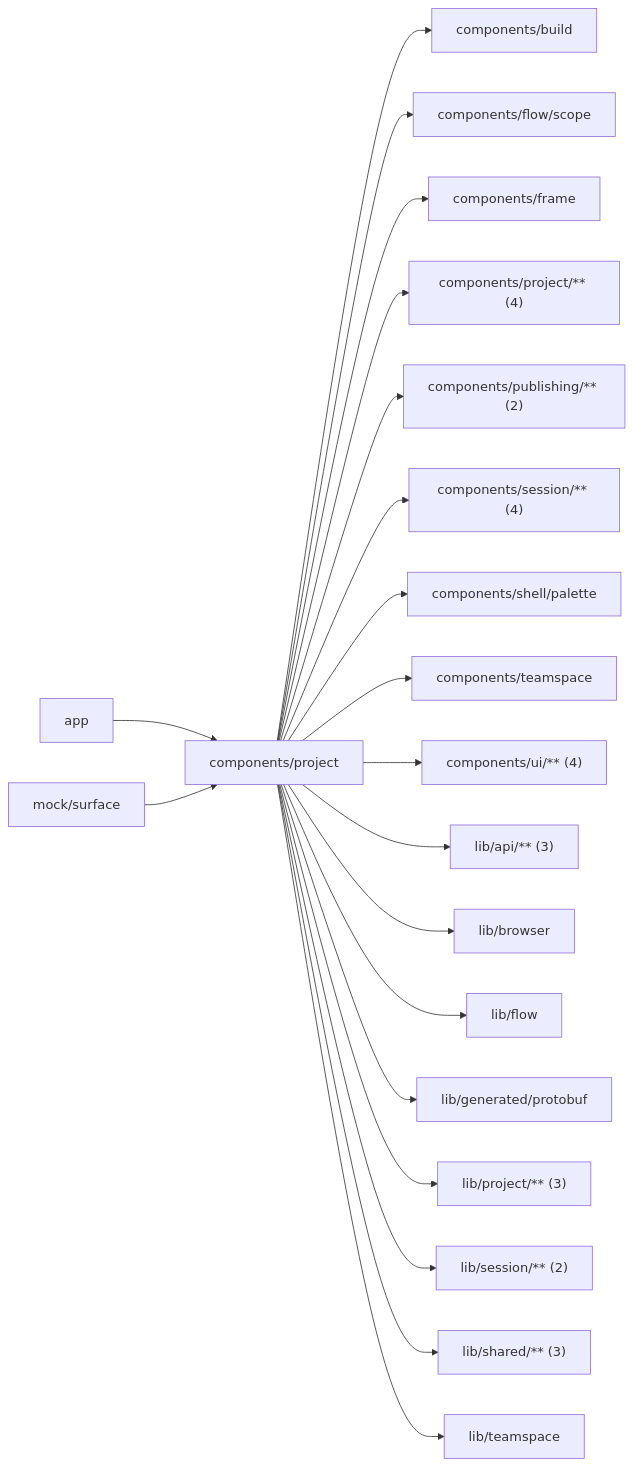
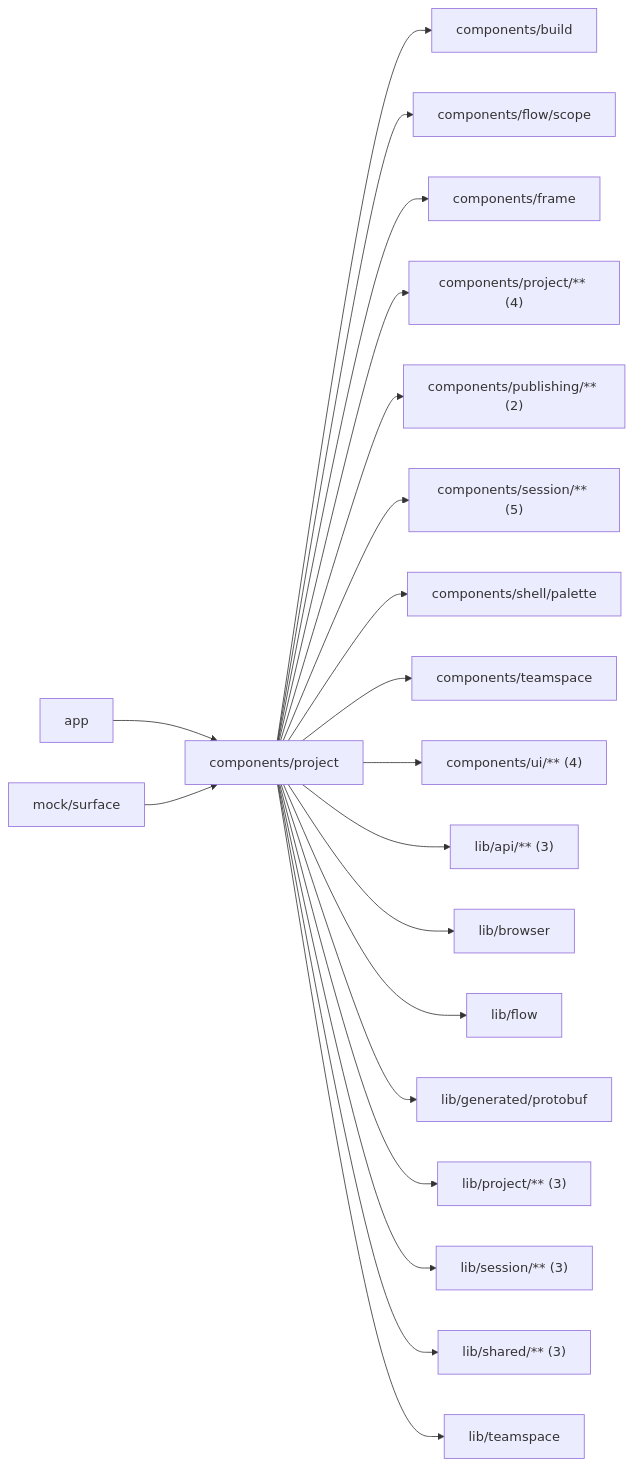
One commit to superdurable/superverse changed the diagram in web/studio/components/project/README.md. Above: the diagram before and after it, drawn with Mermaid. The commit also changed other lines of this file and 259 other files, not shown here.

````diff
--- a/web/studio/components/project/README.md
+++ b/web/studio/components/project/README.md
@@ -10,23 +10,23 @@
 ```mermaid
 flowchart LR
   self["components/project"]
   c0["app"] --> self
   c1["mock/surface"] --> self
   self --> d0["components/build"]
   self --> d1["components/flow/scope"]
   self --> d2["components/frame"]
   self --> d3["components/project/** (4)"]
   self --> d4["components/publishing/** (2)"]
-  self --> d5["components/session/** (4)"]
+  self --> d5["components/session/** (5)"]
   self --> d6["components/shell/palette"]
   self --> d7["components/teamspace"]
   self --> d8["components/ui/** (4)"]
   self --> d9["lib/api/** (3)"]
   self --> d10["lib/browser"]
   self --> d11["lib/flow"]
   self --> d12["lib/generated/protobuf"]
   self --> d13["lib/project/** (3)"]
-  self --> d14["lib/session/** (2)"]
+  self --> d14["lib/session/** (3)"]
   self --> d15["lib/shared/** (3)"]
   self --> d16["lib/teamspace"]
 ```
````
